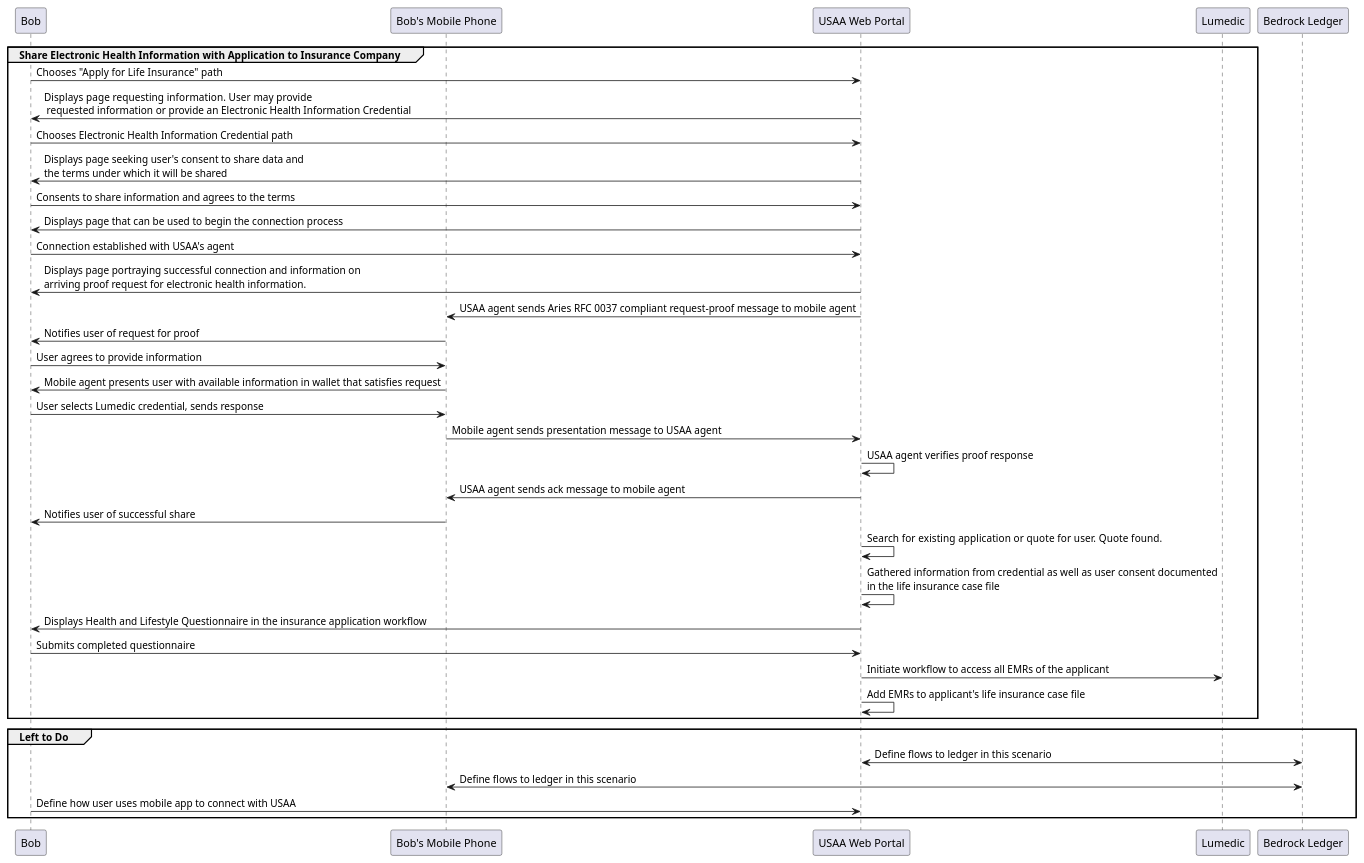
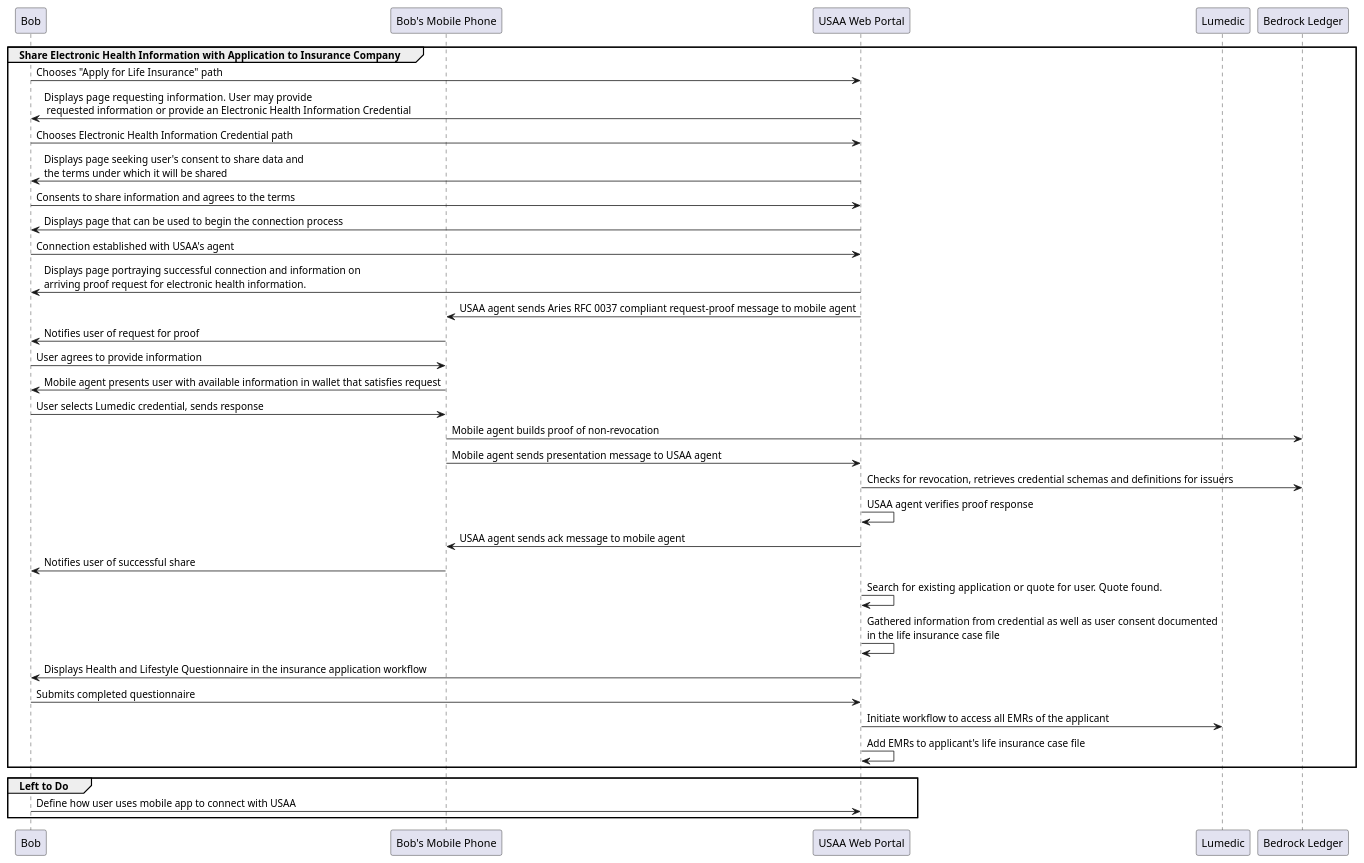
One commit to bedrock-consortium/bbu-tswg-research changed the diagram in PoC/docs/interactionDiagrams/src/USAAIssuanceLIApplication.puml. Above: the diagram before and after it, drawn with PlantUML. The commit also changed 7 other files, not shown here.

Commit message:
updated interaction diagrams to clarify ledger use

```diff
--- a/PoC/docs/interactionDiagrams/src/USAAIssuanceLIApplication.puml
+++ b/PoC/docs/interactionDiagrams/src/USAAIssuanceLIApplication.puml
@@ -1,41 +1,41 @@
 @startuml
 
 participant "Bob" as USER
 participant "Bob's Mobile Phone" as MP
 participant "USAA Web Portal" as US
 Participant "Lumedic" as LU
 participant "Bedrock Ledger" as LE
 
 group Share Electronic Health Information with Application to Insurance Company
 USER->US: Chooses "Apply for Life Insurance" path
 US->USER: Displays page requesting information.  User may provide\n requested information or provide an Electronic Health Information Credential
 USER->US: Chooses Electronic Health Information Credential path
 US->USER: Displays page seeking user's consent to share data and\nthe terms under which it will be shared
 USER->US: Consents to share information and agrees to the terms
 US->USER: Displays page that can be used to begin the connection process
 USER->US: Connection established with USAA's agent
 US->USER: Displays page portraying successful connection and information on\narriving proof request for electronic health information.
 US->MP:   USAA agent sends Aries RFC 0037 compliant request-proof message to mobile agent
 MP->USER: Notifies user of request for proof
 USER->MP: User agrees to provide information
 MP->USER: Mobile agent presents user with available information in wallet that satisfies request
 USER->MP: User selects Lumedic credential, sends response
+MP->LE:   Mobile agent builds proof of non-revocation
 MP->US:   Mobile agent sends presentation message to USAA agent
+US->LE:   Checks for revocation, retrieves credential schemas and definitions for issuers
 US->US:   USAA agent verifies proof response
 US->MP:   USAA agent sends ack message to mobile agent
 MP->USER: Notifies user of successful share
 US->US:   Search for existing application or quote for user.  Quote found.
 US->US:   Gathered information from credential as well as user consent documented\nin the life insurance case file 
 US->USER: Displays Health and Lifestyle Questionnaire in the insurance application workflow
 USER->US: Submits completed questionnaire
 US->LU:   Initiate workflow to access all EMRs of the applicant
 US->US:   Add EMRs to applicant's life insurance case file
 end
 
 group Left to Do
-US<->LE:  Define flows to ledger in this scenario
-MP<->LE:  Define flows to ledger in this scenario
 USER->US: Define how user uses mobile app to connect with USAA
 end
 
 @enduml
```
